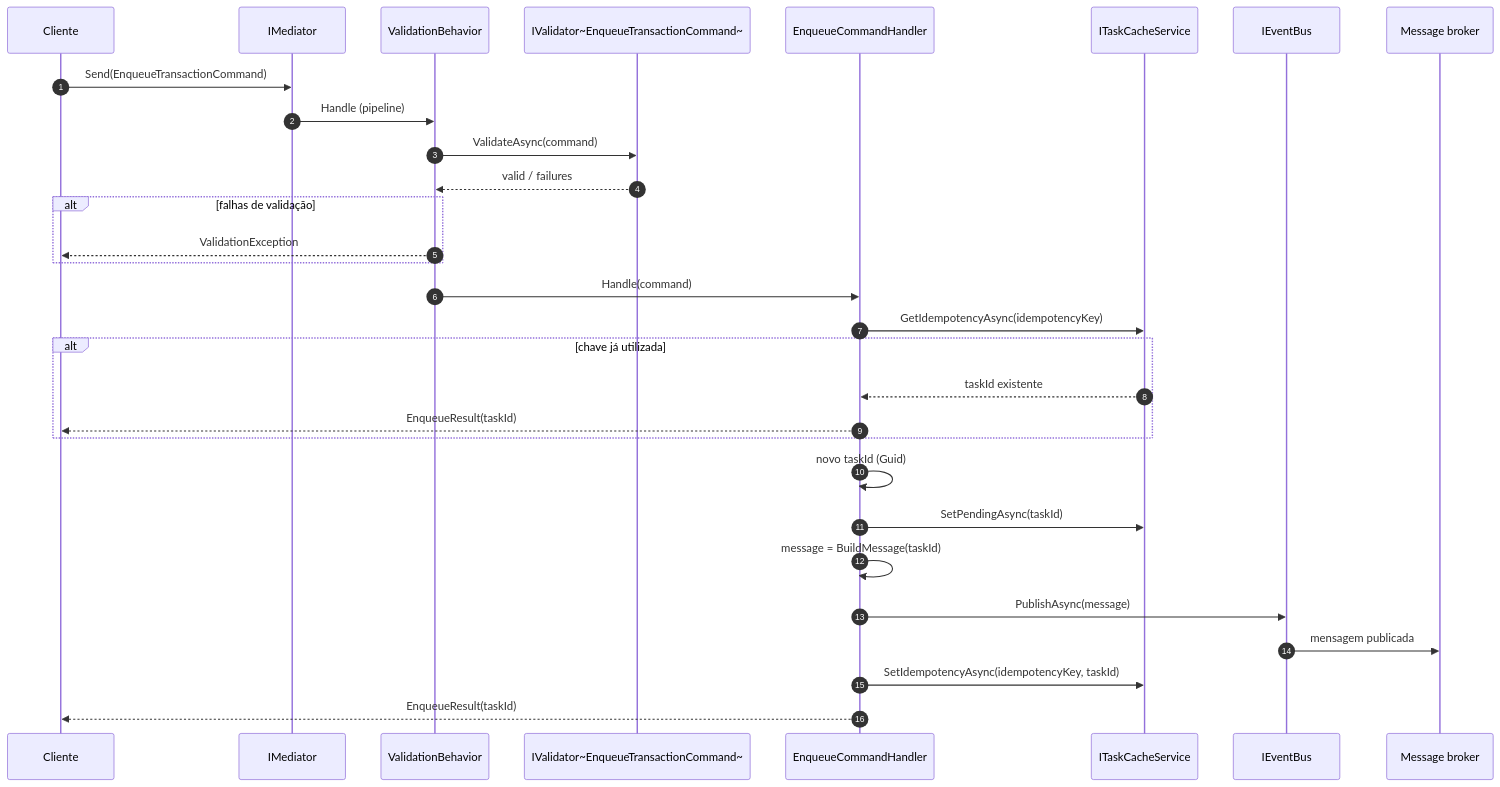
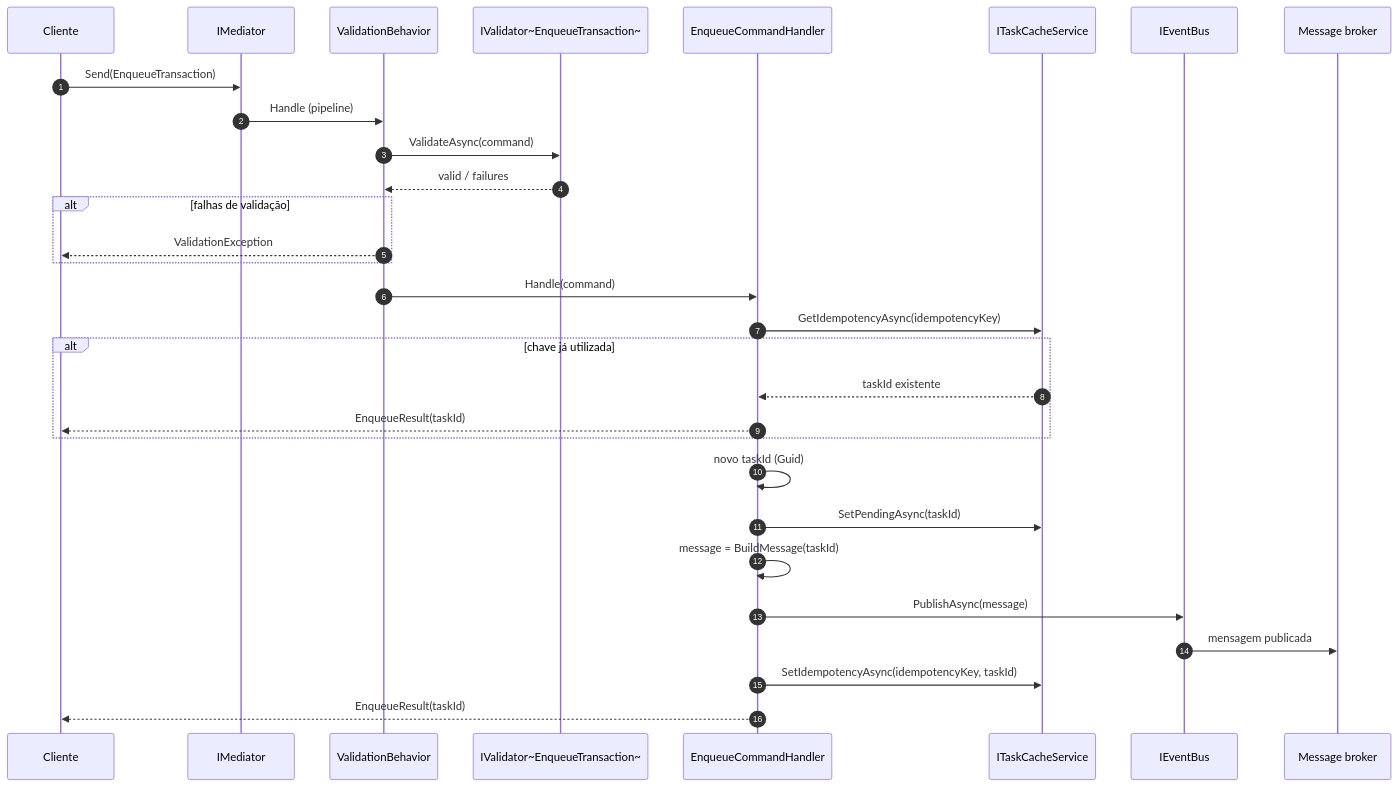
One commit to filipececcon/arch-challenge changed the second of 4 diagrams in docs/architecture/cashflow/layer-02-application.md. Above: the diagram before and after it, drawn with Mermaid. The commit also changed other lines of this file and 120 other files, not shown here.

````diff
--- a/docs/architecture/cashflow/layer-02-application.md
+++ b/docs/architecture/cashflow/layer-02-application.md
@@ -161,35 +151,35 @@
 ```mermaid
 sequenceDiagram
   autonumber
   participant Cliente
   participant Mediator as IMediator
   participant VB as ValidationBehavior
-  participant V as IValidator~EnqueueTransactionCommand~
+  participant V as IValidator~EnqueueTransaction~
   participant H as EnqueueCommandHandler
   participant Cache as ITaskCacheService
   participant Bus as IEventBus
   participant Broker as Message broker
 
-  Cliente->>Mediator: Send(EnqueueTransactionCommand)
+  Cliente->>Mediator: Send(EnqueueTransaction)
   Mediator->>VB: Handle (pipeline)
   VB->>V: ValidateAsync(command)
   V-->>VB: valid / failures
   alt falhas de validação
     VB-->>Cliente: ValidationException
   end
   VB->>H: Handle(command)
 
   H->>Cache: GetIdempotencyAsync(idempotencyKey)
   alt chave já utilizada
     Cache-->>H: taskId existente
     H-->>Cliente: EnqueueResult(taskId)
   end
 
   H->>H: novo taskId (Guid)
   H->>Cache: SetPendingAsync(taskId)
   H->>H: message = BuildMessage(taskId)
   H->>Bus: PublishAsync(message)
   Bus->>Broker: mensagem publicada
   H->>Cache: SetIdempotencyAsync(idempotencyKey, taskId)
   H-->>Cliente: EnqueueResult(taskId)
 ```
````
